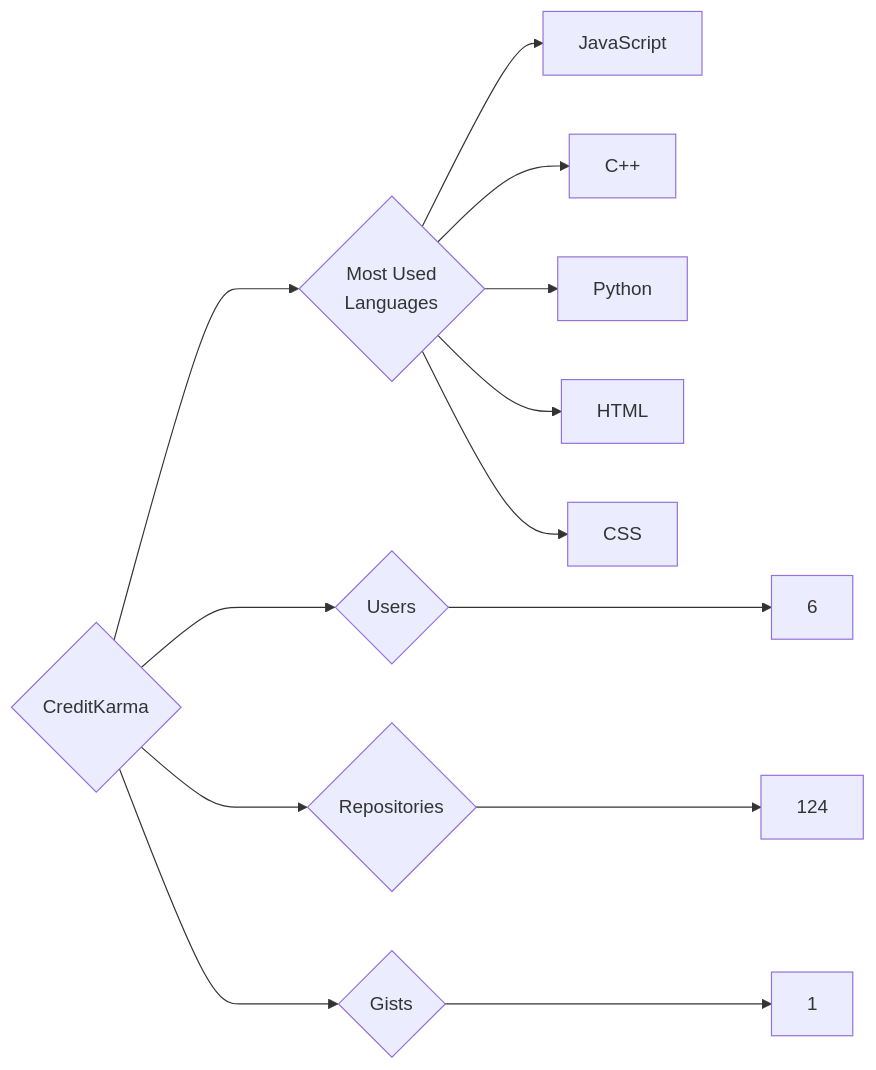
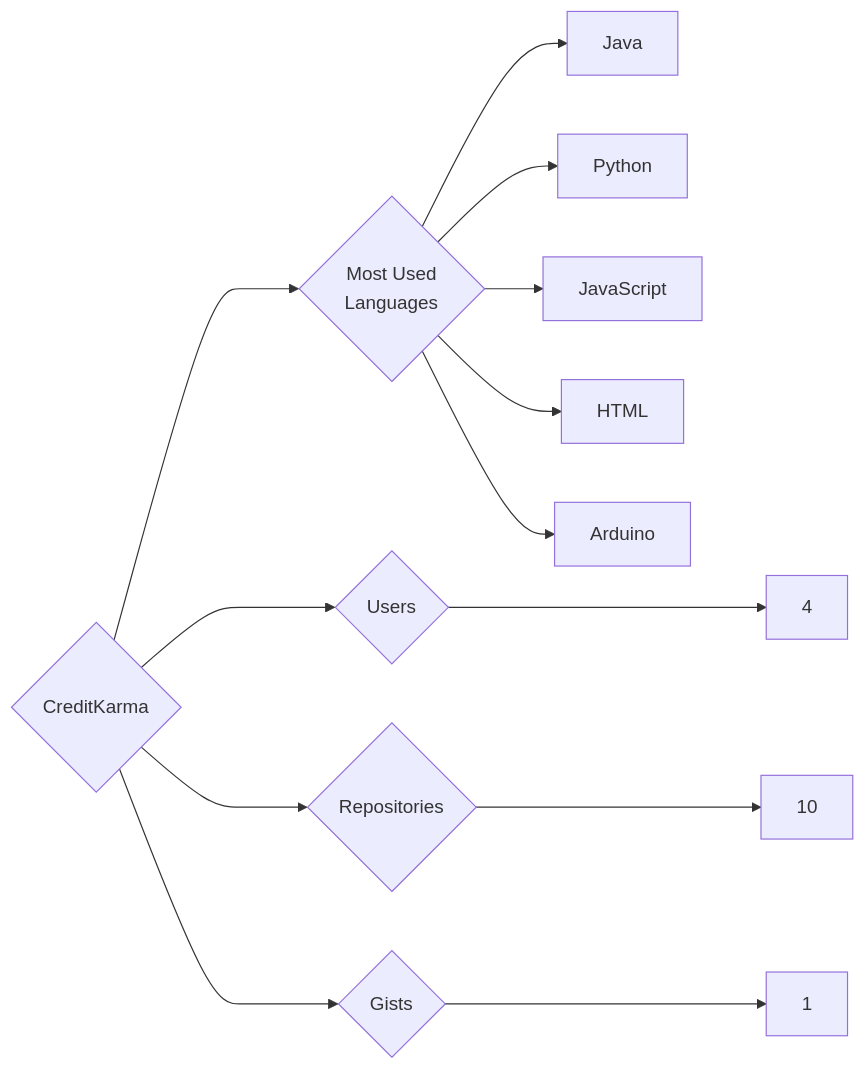
The diagram in targets/CreditKarma/README.md (trickest/insiders), drawn with Mermaid before and after one commit. The commit also changed 1023 other files, not shown here.

````diff
--- a/targets/CreditKarma/README.md
+++ b/targets/CreditKarma/README.md
@@ -3,13 +3,13 @@
 ```mermaid
 graph LR
 COMPANY_NAME{CreditKarma}
-COMPANY_NAME ---> U{Users} ---> UN[6]
-COMPANY_NAME ---> R{Repositories} ---> RN[124]
+COMPANY_NAME ---> U{Users} ---> UN[4]
+COMPANY_NAME ---> R{Repositories} ---> RN[10]
 COMPANY_NAME ---> G{Gists} ---> GN[1]
 COMPANY_NAME ---> ML{Most Used<br>Languages}
+ML --> Java[Java]
+ML --> Python[Python]
 ML --> JavaScript[JavaScript]
-ML --> C++[C++]
-ML --> Python[Python]
 ML --> HTML[HTML]
-ML --> CSS[CSS]
+ML --> Arduino[Arduino]
 ```
````
